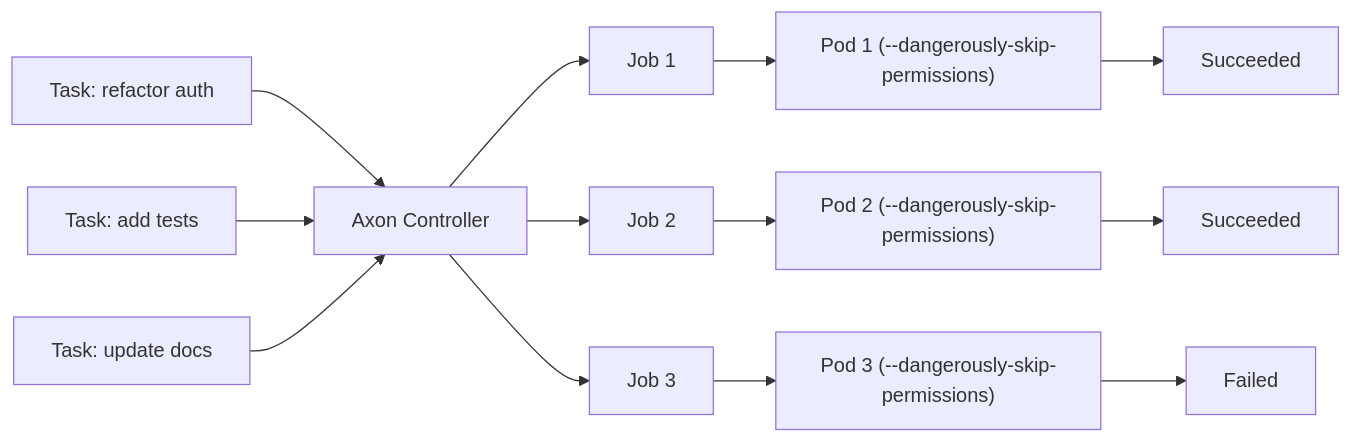
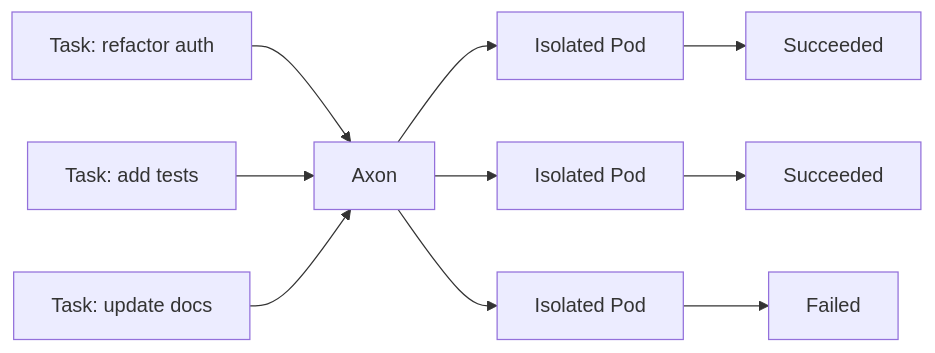
Before and after one commit to gjkim42/axon: the first of 3 diagrams in README.md, drawn with Mermaid. The commit also changed other lines of this file, not shown here.

````diff
--- a/README.md
+++ b/README.md
@@ -25,10 +60,10 @@
 ```mermaid
 flowchart LR
-    T1["Task: refactor auth"] --> AC[Axon Controller]
+    T1["Task: refactor auth"] --> AC[Axon]
     T2["Task: add tests"] --> AC
     T3["Task: update docs"] --> AC
 
-    AC --> J1[Job 1] --> P1["Pod 1 (--dangerously-skip-permissions)"] --> S1[Succeeded]
-    AC --> J2[Job 2] --> P2["Pod 2 (--dangerously-skip-permissions)"] --> S2[Succeeded]
-    AC --> J3[Job 3] --> P3["Pod 3 (--dangerously-skip-permissions)"] --> F3[Failed]
+    AC --> P1[Isolated Pod] --> S1[Succeeded]
+    AC --> P2[Isolated Pod] --> S2[Succeeded]
+    AC --> P3[Isolated Pod] --> F3[Failed]
 ```
````
